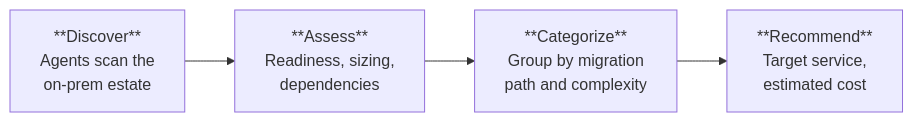
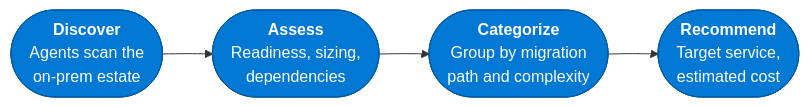
One commit to jonathan-vella/build-test changed the diagram in site/src/content/docs/assessment/index.md. Above: the diagram before and after it, drawn with Mermaid. The commit also changed 11 other files, not shown here.

````diff
--- a/site/src/content/docs/assessment/index.md
+++ b/site/src/content/docs/assessment/index.md
@@ -31,6 +31,9 @@
 ```mermaid
 graph LR
-  DISCOVER["**Discover**<br/>Agents scan the<br/>on-prem estate"] --> ASSESS["**Assess**<br/>Readiness, sizing,<br/>dependencies"]
-  ASSESS --> CATEGORIZE["**Categorize**<br/>Group by migration<br/>path and complexity"]
-  CATEGORIZE --> RECOMMEND["**Recommend**<br/>Target service,<br/>estimated cost"]
+  classDef step fill:#0078d4,stroke:#005a9e,color:#fff
+  DISCOVER(["<b>Discover</b><br/>Agents scan the<br/>on-prem estate"]):::step
+  ASSESS(["<b>Assess</b><br/>Readiness, sizing,<br/>dependencies"]):::step
+  CATEGORIZE(["<b>Categorize</b><br/>Group by migration<br/>path and complexity"]):::step
+  RECOMMEND(["<b>Recommend</b><br/>Target service,<br/>estimated cost"]):::step
+  DISCOVER --> ASSESS --> CATEGORIZE --> RECOMMEND
 ```
````
